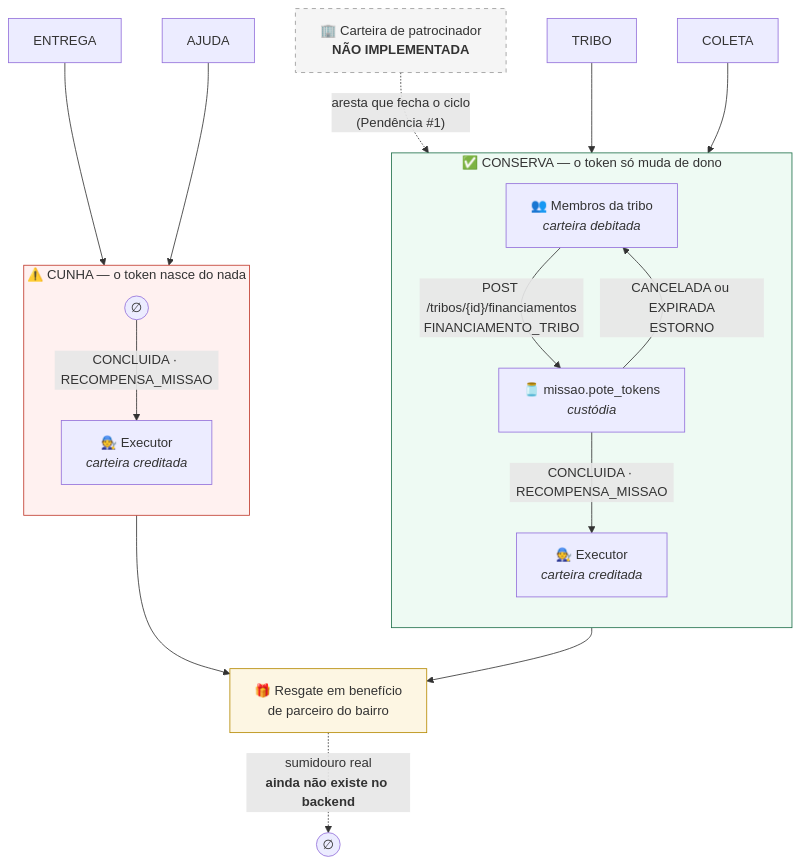
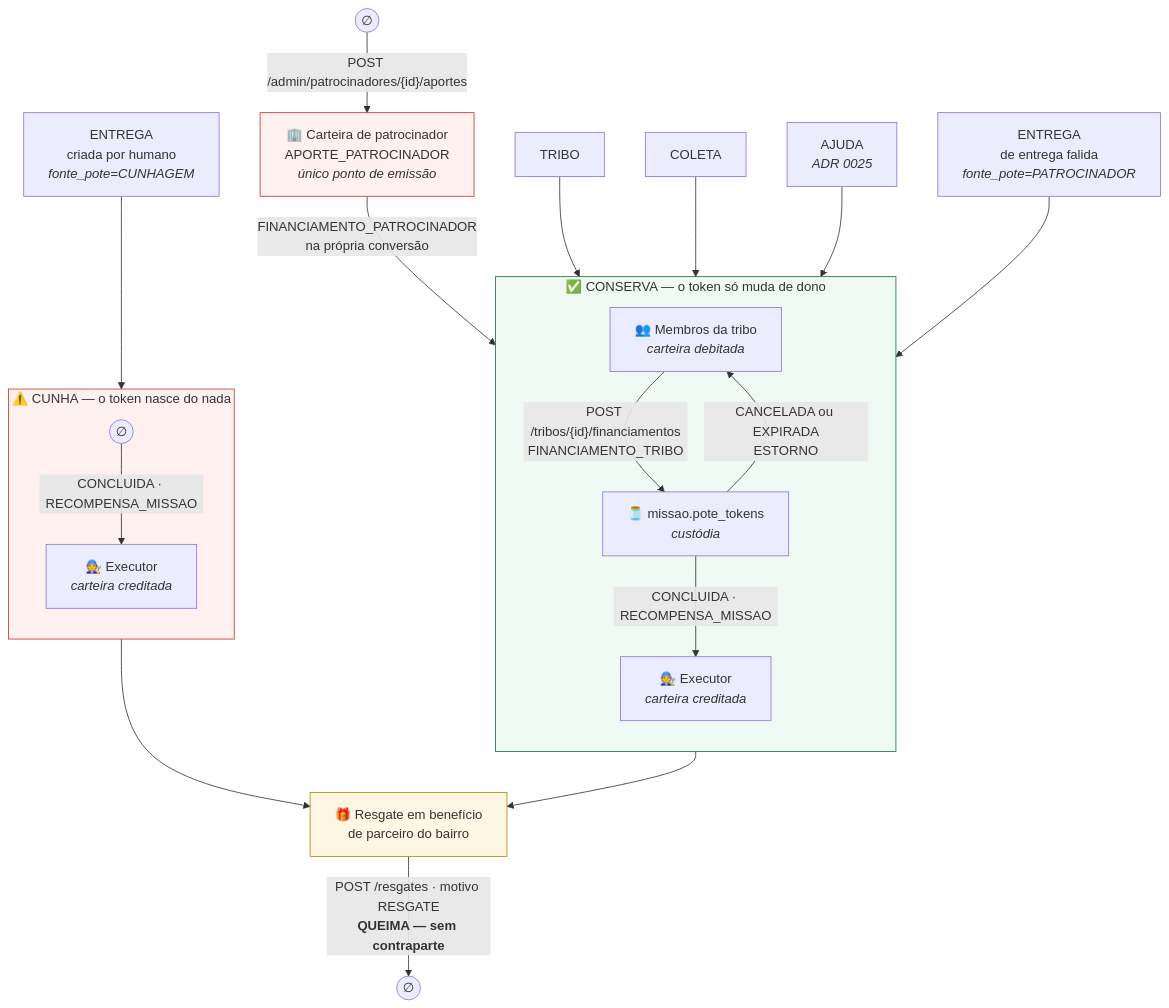
The first of 2 diagrams in docs/diagramas/fluxo-economico.md (RenanFerreira02/Omni-Tribo), drawn with Mermaid before and after one commit. The commit also changed other lines of this file and 18 other files, not shown here.

````diff
--- a/docs/diagramas/fluxo-economico.md
+++ b/docs/diagramas/fluxo-economico.md
@@ -19,36 +19,38 @@
 ```mermaid
 flowchart TB
     subgraph conserva ["✅ CONSERVA — o token só muda de dono"]
         direction TB
         membros["👥 Membros da tribo<br/><i>carteira debitada</i>"]
         pote["🫙 missao.pote_tokens<br/><i>custódia</i>"]
         exec1["🧑‍🔧 Executor<br/><i>carteira creditada</i>"]
         membros -->|"POST /tribos/{id}/financiamentos<br/>FINANCIAMENTO_TRIBO"| pote
         pote -->|"CONCLUIDA · RECOMPENSA_MISSAO"| exec1
         pote -->|"CANCELADA ou EXPIRADA<br/>ESTORNO"| membros
     end
 
     subgraph cunha ["⚠️ CUNHA — o token nasce do nada"]
         direction TB
         nada(("∅"))
         exec2["🧑‍🔧 Executor<br/><i>carteira creditada</i>"]
         nada -->|"CONCLUIDA · RECOMPENSA_MISSAO"| exec2
     end
 
     tribo["TRIBO"] --> conserva
     coleta["COLETA"] --> conserva
-    entrega["ENTREGA"] --> cunha
-    ajuda["AJUDA"] --> cunha
+    ajuda["AJUDA<br/><i>ADR 0025</i>"] --> conserva
+    entregaW["ENTREGA<br/>de entrega falida<br/><i>fonte_pote=PATROCINADOR</i>"] --> conserva
+    entregaH["ENTREGA<br/>criada por humano<br/><i>fonte_pote=CUNHAGEM</i>"] --> cunha
 
-    patro["🏢 Carteira de patrocinador<br/><b>NÃO IMPLEMENTADA</b>"]
-    patro -.->|"aresta que fecha o ciclo<br/>(Pendência #1)"| pote
+    patro["🏢 Carteira de patrocinador<br/>APORTE_PATROCINADOR<br/><i>único ponto de emissão</i>"]
+    emite(("∅")) -->|"POST /admin/patrocinadores/{id}/aportes"| patro
+    patro -->|"FINANCIAMENTO_PATROCINADOR<br/>na própria conversão"| pote
 
     exec1 --> resgate["🎁 Resgate em benefício<br/>de parceiro do bairro"]
     exec2 --> resgate
-    resgate -.->|"sumidouro real<br/><b>ainda não existe no backend</b>"| nada2(("∅"))
+    resgate -->|"POST /resgates · motivo RESGATE<br/><b>QUEIMA — sem contraparte</b>"| nada2(("∅"))
 
     style cunha fill:#fff1f0,stroke:#c0392b
     style conserva fill:#eefaf3,stroke:#1f6f4a
-    style patro fill:#f5f5f5,stroke:#999,stroke-dasharray: 5 5
+    style patro fill:#fff1f0,stroke:#c0392b
     style resgate fill:#fdf6e3,stroke:#b58900
 ```
````
